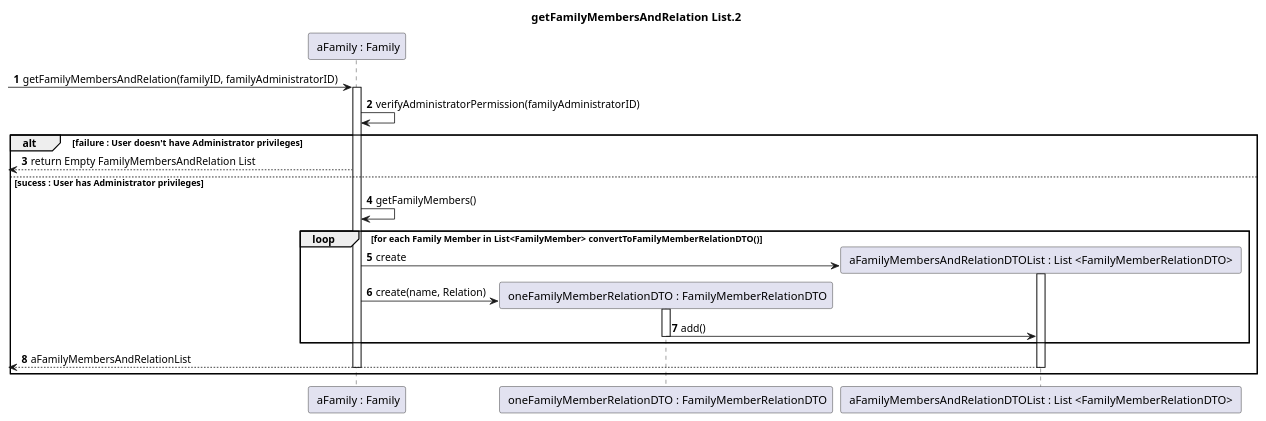
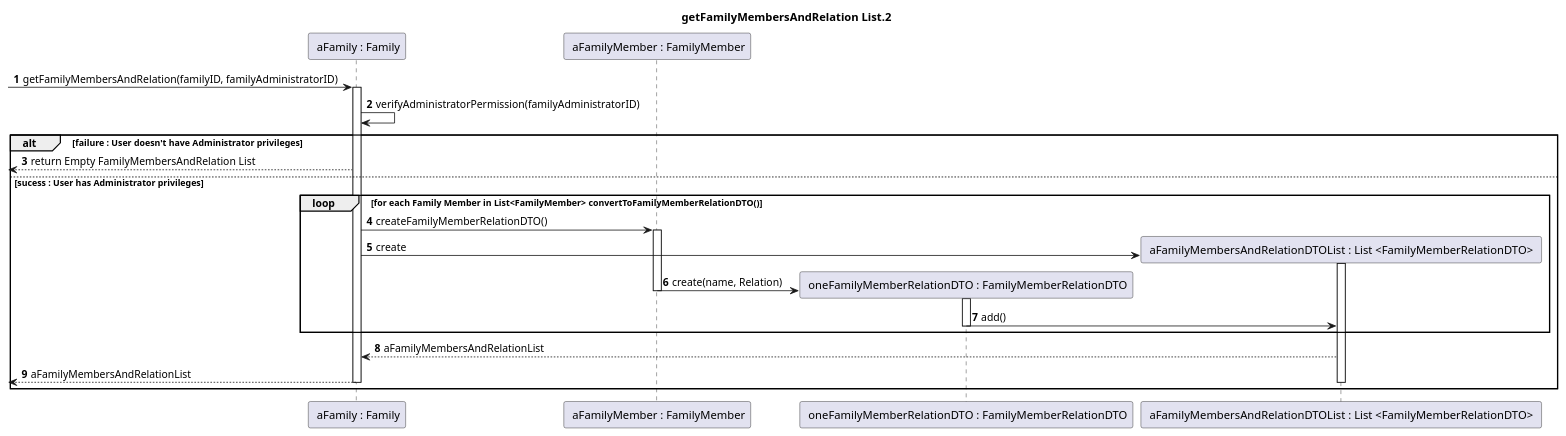
One commit to tomas-osswald/switch_2020_g3 changed the second of 3 diagrams in docs/sprint1/user_stories/US104_GetFamilyMembersAndRelation.md. Above: the diagram before and after it, drawn with PlantUML. The commit also changed other lines of this file and 2 other files, not shown here.

Commit message:
US Class Diagram done

`````diff
--- a/docs/sprint1/user_stories/US104_GetFamilyMembersAndRelation.md
+++ b/docs/sprint1/user_stories/US104_GetFamilyMembersAndRelation.md
@@ -97,38 +97,43 @@
 ````puml
 
 @startuml
 
 
  participant " aFamily : Family" as family
+ participant " aFamilyMember : FamilyMember" as familyMember
  participant " oneFamilyMemberRelationDTO : FamilyMemberRelationDTO" as DTO
  participant " aFamilyMembersAndRelationDTOList : List <FamilyMemberRelationDTO> " as DTOlist
 
 autonumber
 title getFamilyMembersAndRelation List.2
 -> family : getFamilyMembersAndRelation(familyID, familyAdministratorID)
 activate family
 family -> family : verifyAdministratorPermission(familyAdministratorID)
 alt failure : User doesn't have Administrator privileges
  <-- family : return Empty FamilyMembersAndRelation List
 else sucess : User has Administrator privileges
 
-    family -> family : getFamilyMembers()
-    loop for each Family Member in List<FamilyMember> convertToFamilyMemberRelationDTO()
+    
+    loop for each Family Member in List<FamilyMember> convertToFamilyMemberRelationDTO() 
+    family -> familyMember  : createFamilyMemberRelationDTO()  
+    activate familyMember     
     family -> DTOlist ** : create
     activate DTOlist
-    family -> DTO ** : create(name, Relation)
+    familyMember -> DTO ** : create(name, Relation)
+    deactivate familyMember
     activate DTO
     DTO -> DTOlist : add()
     deactivate DTO
 
      end
 
-<-- DTOlist : aFamilyMembersAndRelationList
+family <-- DTOlist : aFamilyMembersAndRelationList
+<-- family : aFamilyMembersAndRelationList
 deactivate DTOlist
 deactivate family
 end
 
 
 
 @enduml
 ````
`````
